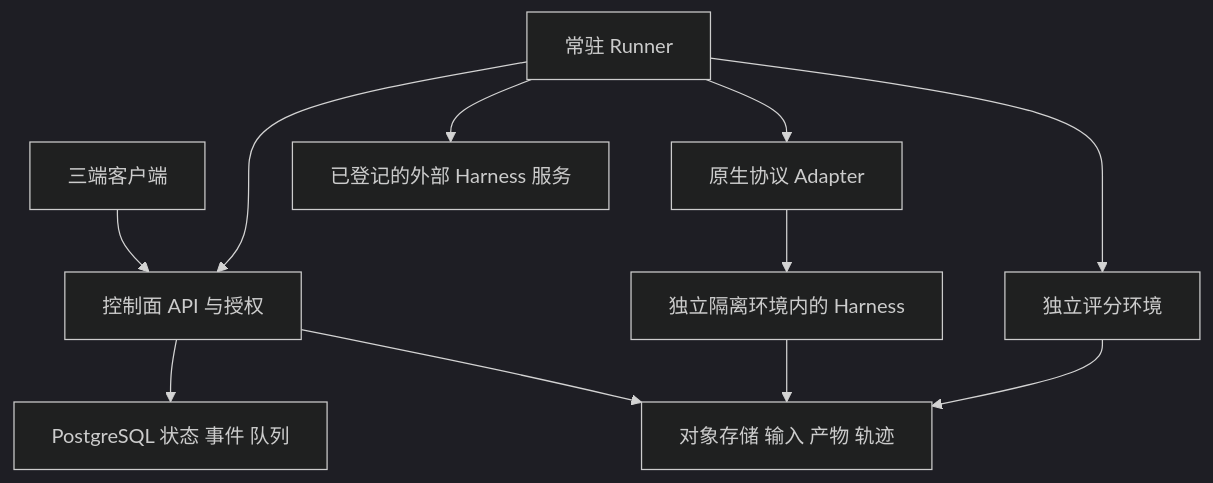
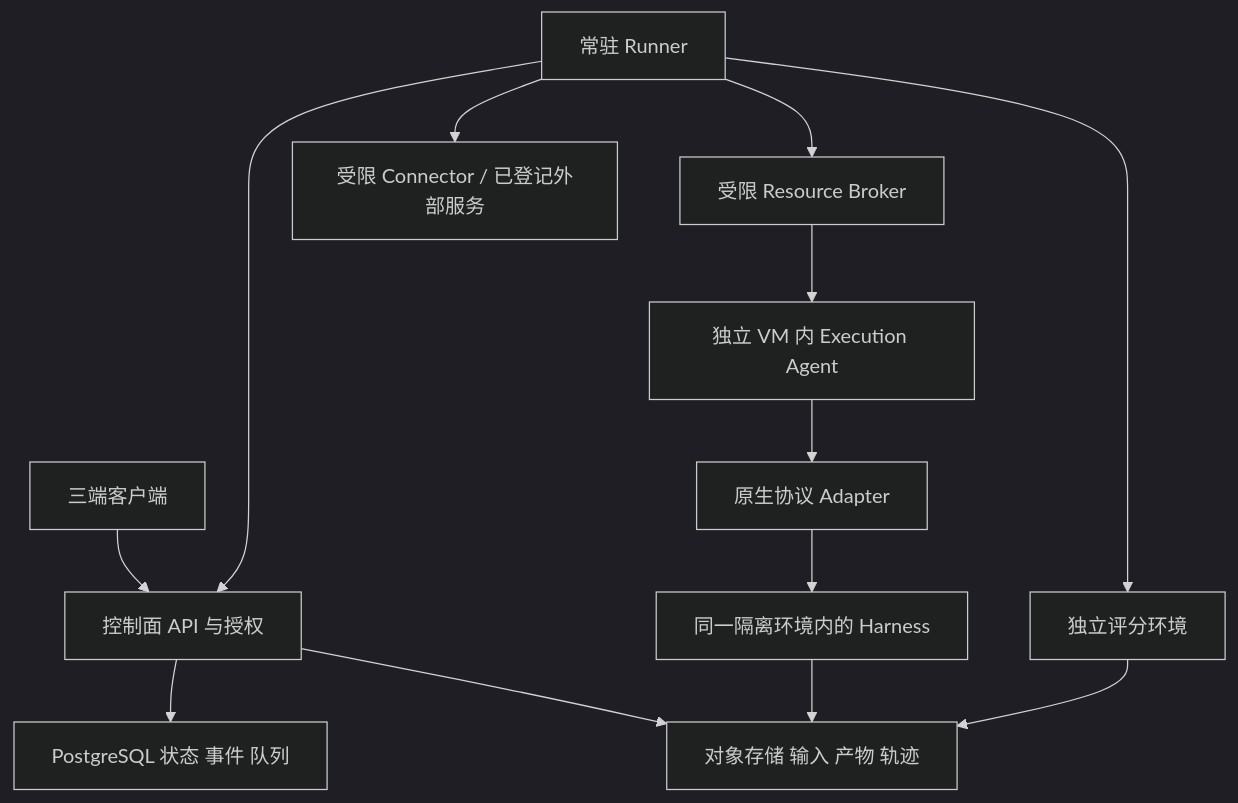
Before and after one commit to StateKnot/Harniqo: the first of 2 diagrams in docs/planning/ROADMAP.md, drawn with Mermaid (dark theme). The commit also changed other lines of this file and 10 other files, not shown here.

Commit message:
docs: define Harniqo production architecture and module contracts

````diff
--- a/docs/planning/ROADMAP.md
+++ b/docs/planning/ROADMAP.md
@@ -50,13 +52,15 @@
 ```mermaid
 flowchart TB
     D[三端客户端] --> C[控制面 API 与授权]
     C --> P[PostgreSQL 状态 事件 队列]
     C --> O[对象存储 输入 产物 轨迹]
     R[常驻 Runner] --> C
-    R --> A[原生协议 Adapter]
-    A --> H[独立隔离环境内的 Harness]
-    R --> X[已登记的外部 Harness 服务]
+    R --> B[受限 Resource Broker]
+    B --> G[独立 VM 内 Execution Agent]
+    G --> A[原生协议 Adapter]
+    A --> H[同一隔离环境内的 Harness]
+    R --> X[受限 Connector / 已登记外部服务]
     R --> V[独立评分环境]
     H --> O
     V --> O
 ```
````
